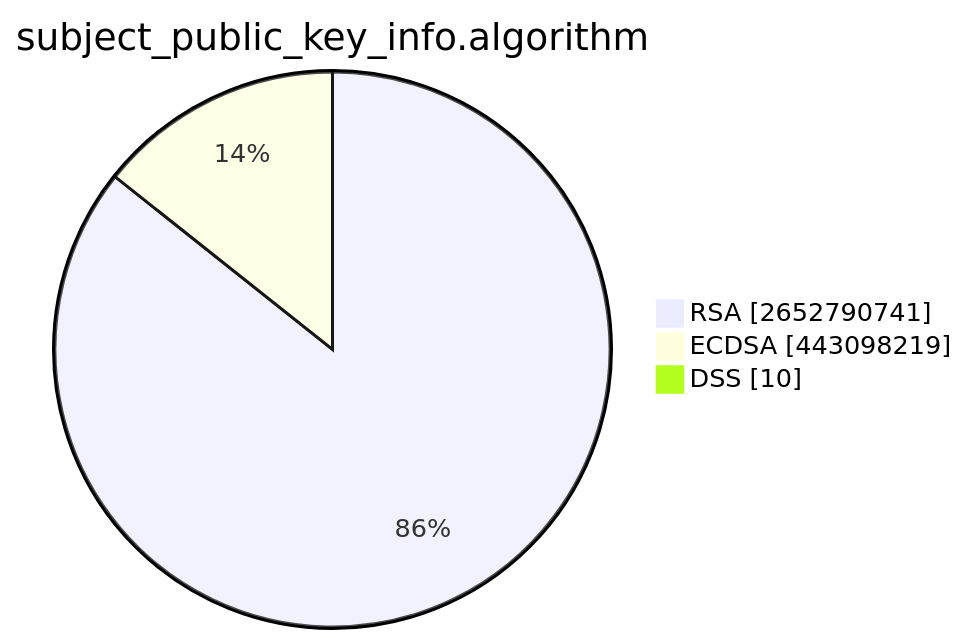
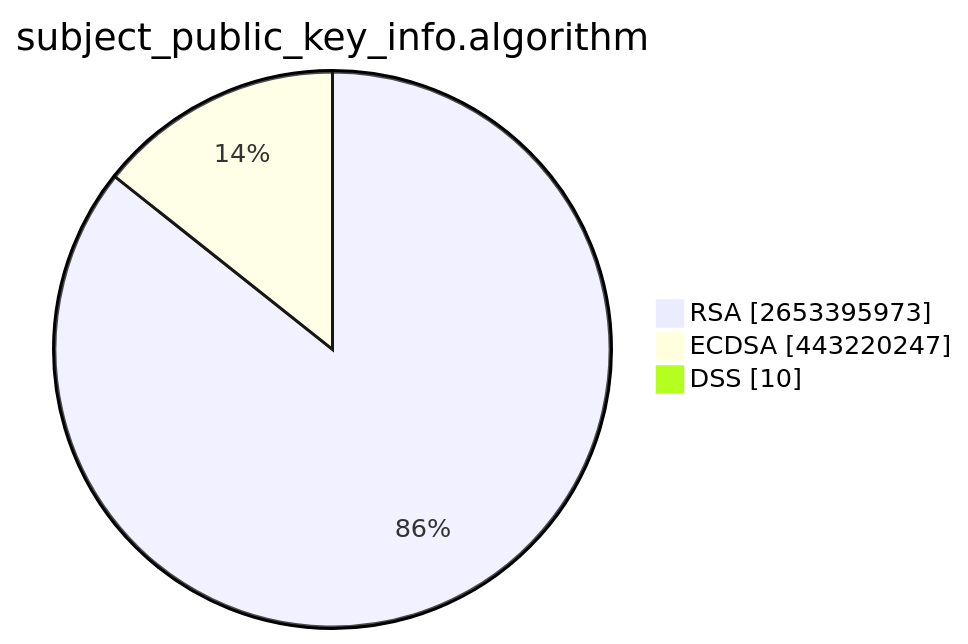
Before and after one commit to christiankrug/ctmonitor_visualization: the second of 15 diagrams in TOTAL/README.md, drawn with Mermaid. The commit also changed other lines of this file, not shown here.

````diff
--- a/TOTAL/README.md
+++ b/TOTAL/README.md
@@ -6,7 +6,7 @@
 ```mermaid
 pie showData
 title subject_public_key_info.algorithm
-"RSA" :2652790741
-"ECDSA" :443098219
+"RSA" :2653395973
+"ECDSA" :443220247
 "DSS" :10
 ```
````
